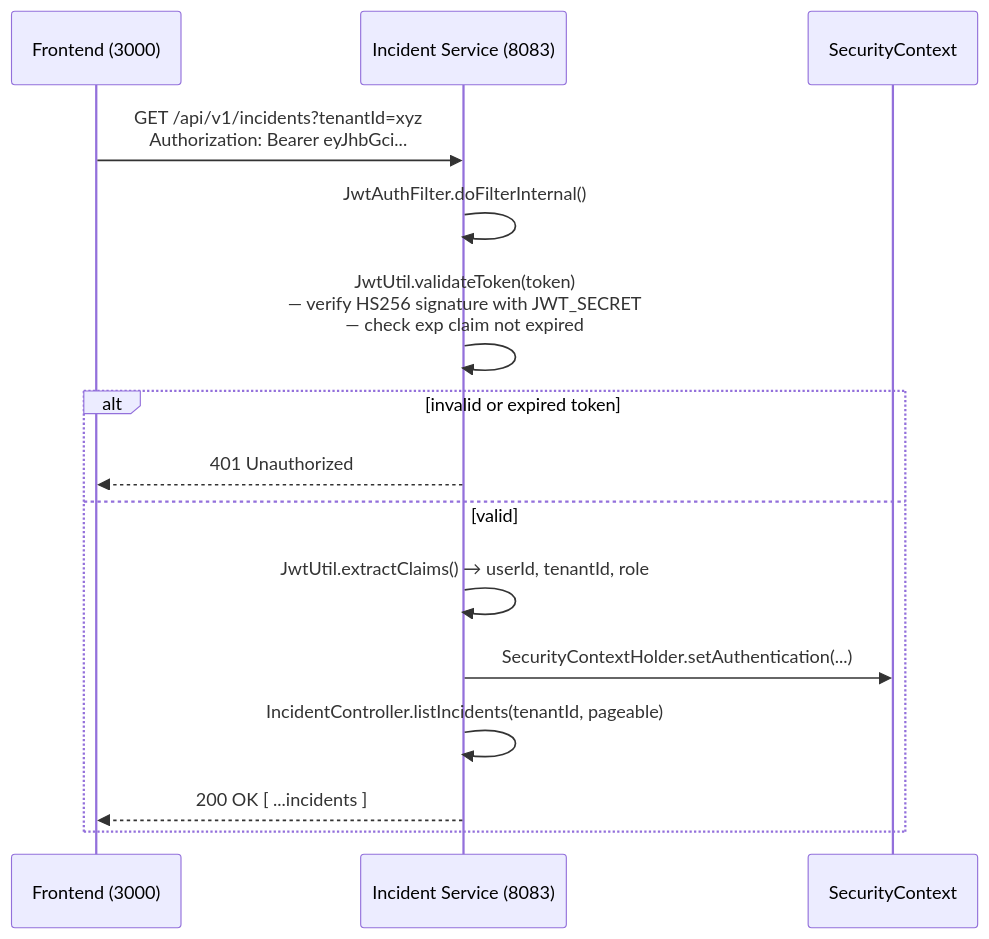
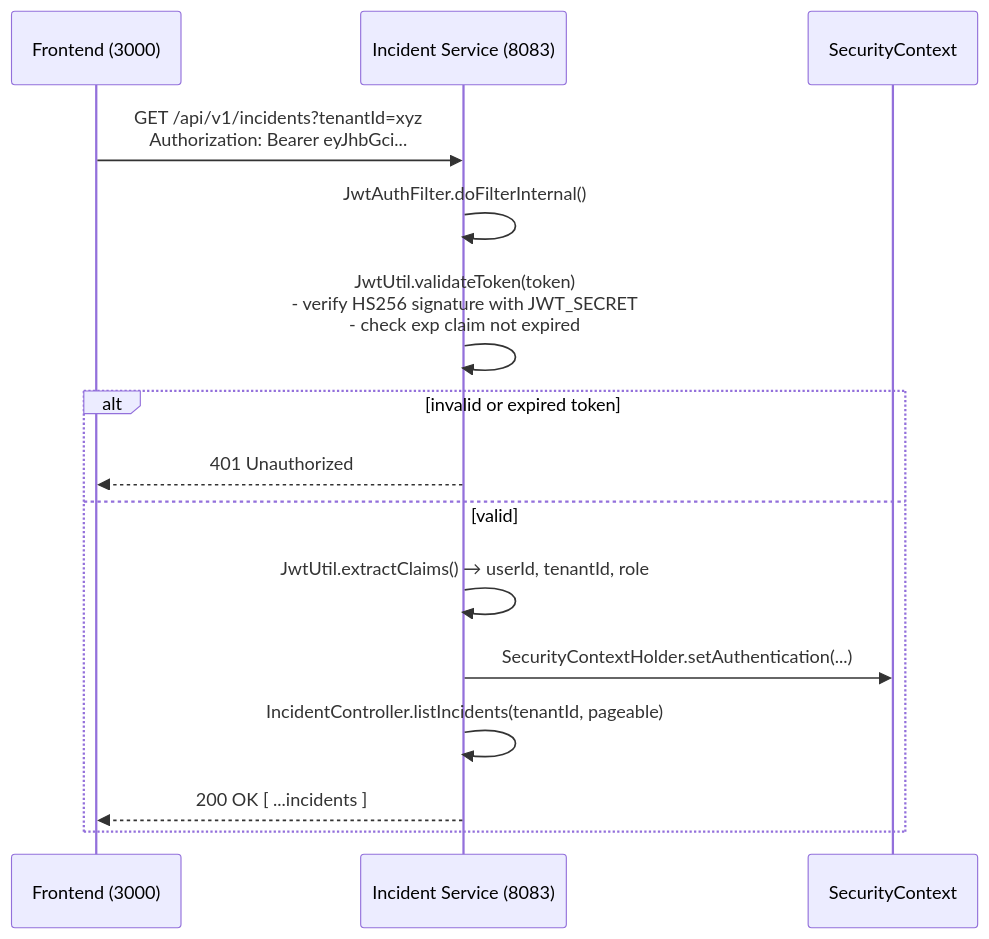
One commit to ashmitjsg/log0-website changed the tenth of 12 diagrams in content/docs/architecture/flow-diagrams.mdx. Above: the diagram before and after it, drawn with Mermaid. The commit also changed other lines of this file and 3 other files, not shown here.

````diff
--- a/content/docs/architecture/flow-diagrams.mdx
+++ b/content/docs/architecture/flow-diagrams.mdx
@@ -487,20 +487,20 @@
 ```mermaid
 sequenceDiagram
     participant FE as Frontend (3000)
     participant IS as Incident Service (8083)
     participant SC as SecurityContext
 
     FE->>IS: GET /api/v1/incidents?tenantId=xyz<br/>Authorization: Bearer eyJhbGci...
 
     IS->>IS: JwtAuthFilter.doFilterInternal()
-    IS->>IS: JwtUtil.validateToken(token)<br/>— verify HS256 signature with JWT_SECRET<br/>— check exp claim not expired
+    IS->>IS: JwtUtil.validateToken(token)<br/>- verify HS256 signature with JWT_SECRET<br/>- check exp claim not expired
 
     alt invalid or expired token
         IS-->>FE: 401 Unauthorized
     else valid
         IS->>IS: JwtUtil.extractClaims() → userId, tenantId, role
         IS->>SC: SecurityContextHolder.setAuthentication(...)
         IS->>IS: IncidentController.listIncidents(tenantId, pageable)
         IS-->>FE: 200 OK [ ...incidents ]
     end
 ```
````
